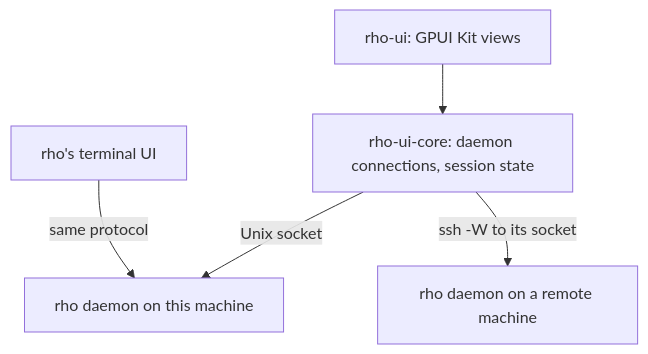
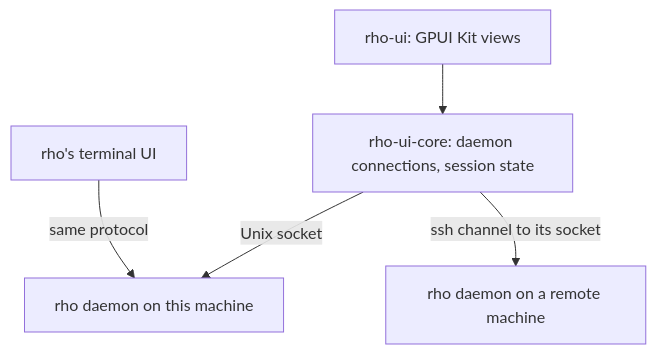
The diagram in docs/architecture.md (matthewyjiang/rho-ui), drawn with Mermaid before and after one commit. The commit also changed other lines of this file and 23 other files, not shown here.

Commit message:
Reach remote machines with an in-process russh client, not OpenSSH's ControlMaster

````diff
--- a/docs/architecture.md
+++ b/docs/architecture.md
@@ -5,7 +5,7 @@
 ```mermaid
 flowchart TD
     UI["rho-ui: GPUI Kit views"] --> Core["rho-ui-core: daemon connections, session state"]
     Core -->|"Unix socket"| Local["rho daemon on this machine"]
-    Core -->|"ssh -W to its socket"| Remote["rho daemon on a remote machine"]
+    Core -->|"ssh channel to its socket"| Remote["rho daemon on a remote machine"]
     TUI["rho's terminal UI"] -->|"same protocol"| Local
 ```
````
